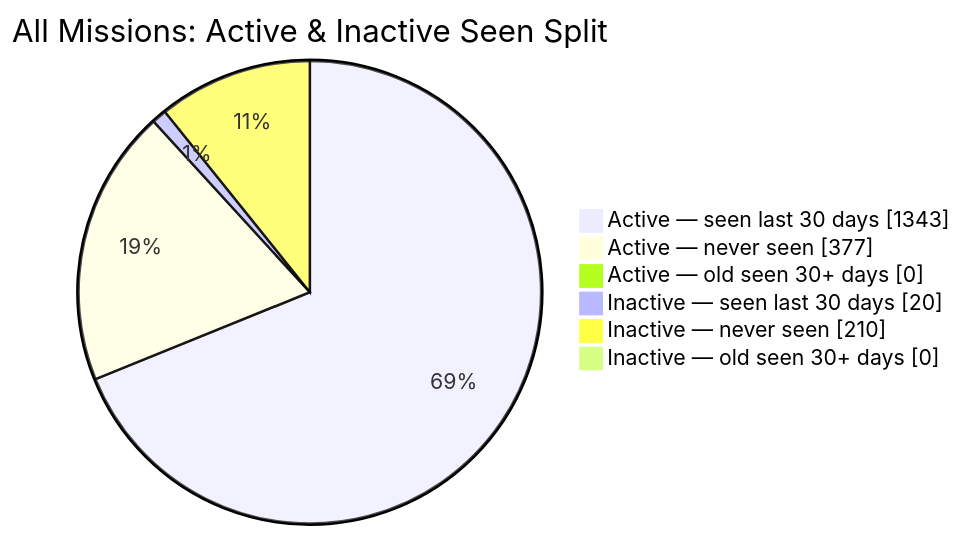
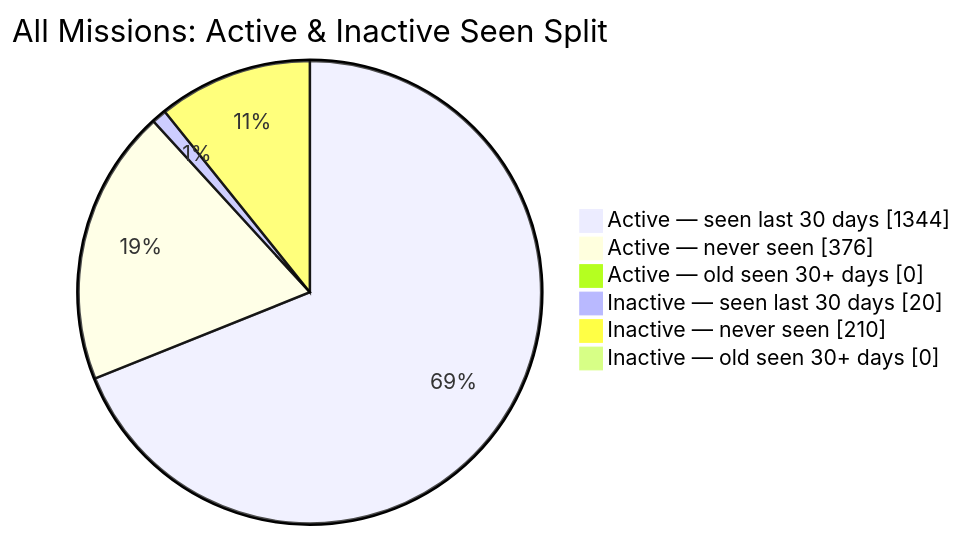
Before and after one commit to MeldkamerspelGameTeam/active-missions: the second of 2 diagrams in README.md, drawn with Mermaid. The commit also changed other lines of this file and 2 other files, not shown here.

````diff
--- a/README.md
+++ b/README.md
@@ -44,10 +44,10 @@
 ```mermaid
 pie showData
     title All Missions: Active & Inactive Seen Split
-    "Active — seen last 30 days" : 1343
-    "Active — never seen" : 377
+    "Active — seen last 30 days" : 1344
+    "Active — never seen" : 376
     "Active — old seen 30+ days" : 0
     "Inactive — seen last 30 days" : 20
     "Inactive — never seen" : 210
     "Inactive — old seen 30+ days" : 0
 ```
````
